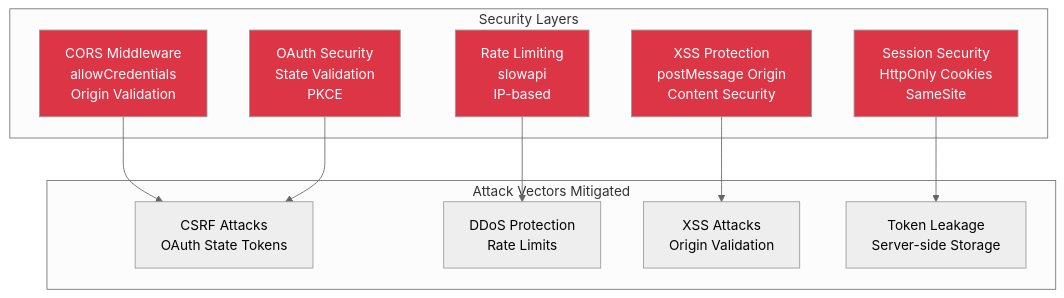
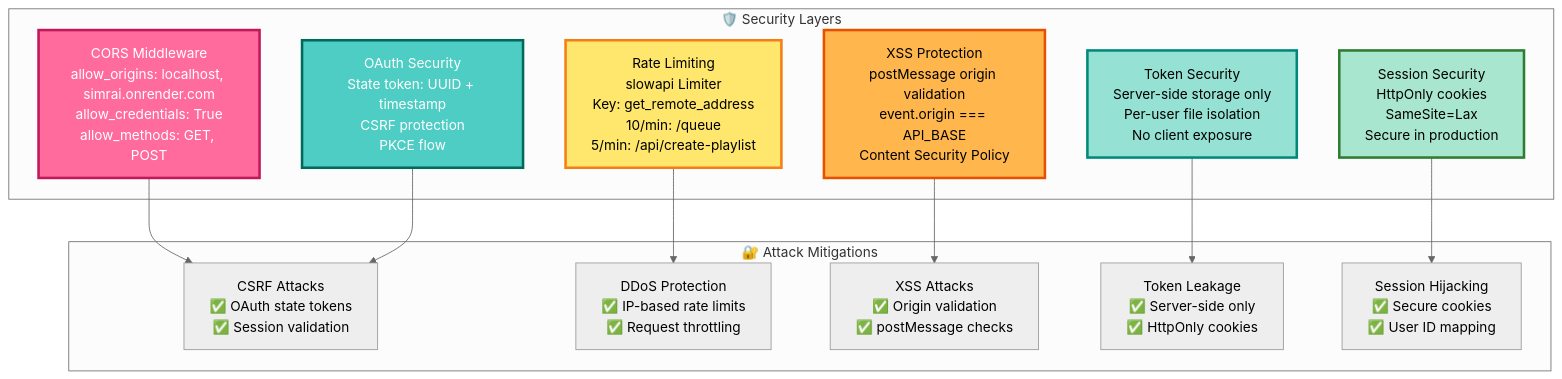
The fifth of 7 diagrams in docs/ARCHITECTURE.md (ajay-drew/Spotify-Induced-Music-Recommendation-AI), drawn with Mermaid (neutral theme) before and after one commit. The commit also changed other lines of this file, not shown here.

Commit message:
Update architecture diagrams: add technical details while keeping colorful, emoji-rich style

````diff
--- a/docs/ARCHITECTURE.md
+++ b/docs/ARCHITECTURE.md
@@ -279,29 +297,33 @@
 ```mermaid
 graph TB
-    subgraph "Security Layers"
-        CORS[CORS Middleware<br/>allowCredentials<br/>Origin Validation]
-        RATE[Rate Limiting<br/>slowapi<br/>IP-based]
-        OAUTH_SEC[OAuth Security<br/>State Validation<br/>PKCE]
-        SESSION_SEC[Session Security<br/>HttpOnly Cookies<br/>SameSite]
-        XSS[XSS Protection<br/>postMessage Origin<br/>Content Security]
+    subgraph "🛡️ Security Layers"
+        CORS[CORS Middleware<br/>allow_origins: localhost, simrai.onrender.com<br/>allow_credentials: True<br/>allow_methods: GET, POST]
+        RATE[Rate Limiting<br/>slowapi Limiter<br/>Key: get_remote_address<br/>10/min: /queue<br/>5/min: /api/create-playlist]
+        OAUTH_SEC[OAuth Security<br/>State token: UUID + timestamp<br/>CSRF protection<br/>PKCE flow]
+        SESSION_SEC[Session Security<br/>HttpOnly cookies<br/>SameSite=Lax<br/>Secure in production]
+        XSS[XSS Protection<br/>postMessage origin validation<br/>event.origin === API_BASE<br/>Content Security Policy]
+        TOKEN_SEC[Token Security<br/>Server-side storage only<br/>Per-user file isolation<br/>No client exposure]
     end
 
-    subgraph "Attack Vectors Mitigated"
-        CSRF[CSRF Attacks<br/>OAuth State Tokens]
-        DOS[DDoS Protection<br/>Rate Limits]
-        XSS_ATTACK[XSS Attacks<br/>Origin Validation]
-        TOKEN_LEAK[Token Leakage<br/>Server-side Storage]
+    subgraph "🔐 Attack Mitigations"
+        CSRF[CSRF Attacks<br/>✅ OAuth state tokens<br/>✅ Session validation]
+        DOS[DDoS Protection<br/>✅ IP-based rate limits<br/>✅ Request throttling]
+        XSS_ATTACK[XSS Attacks<br/>✅ Origin validation<br/>✅ postMessage checks]
+        TOKEN_LEAK[Token Leakage<br/>✅ Server-side only<br/>✅ HttpOnly cookies]
+        SESSION_HIJACK[Session Hijacking<br/>✅ Secure cookies<br/>✅ User ID mapping]
     end
 
     CORS --> CSRF
     RATE --> DOS
     OAUTH_SEC --> CSRF
-    SESSION_SEC --> TOKEN_LEAK
+    SESSION_SEC --> SESSION_HIJACK
     XSS --> XSS_ATTACK
+    TOKEN_SEC --> TOKEN_LEAK
 
-    style CORS fill:#dc3545,color:#fff
-    style RATE fill:#dc3545,color:#fff
-    style OAUTH_SEC fill:#dc3545,color:#fff
-    style SESSION_SEC fill:#dc3545,color:#fff
-    style XSS fill:#dc3545,color:#fff
+    style CORS fill:#FF6B9D,stroke:#C2185B,stroke-width:3px,color:#fff
+    style RATE fill:#FFE66D,stroke:#F57F17,stroke-width:3px,color:#000
+    style OAUTH_SEC fill:#4ECDC4,stroke:#00695C,stroke-width:3px,color:#fff
+    style SESSION_SEC fill:#A8E6CF,stroke:#2E7D32,stroke-width:3px,color:#000
+    style XSS fill:#FFB74D,stroke:#E65100,stroke-width:3px,color:#000
+    style TOKEN_SEC fill:#95E1D3,stroke:#00897B,stroke-width:3px,color:#000
 ```
````
